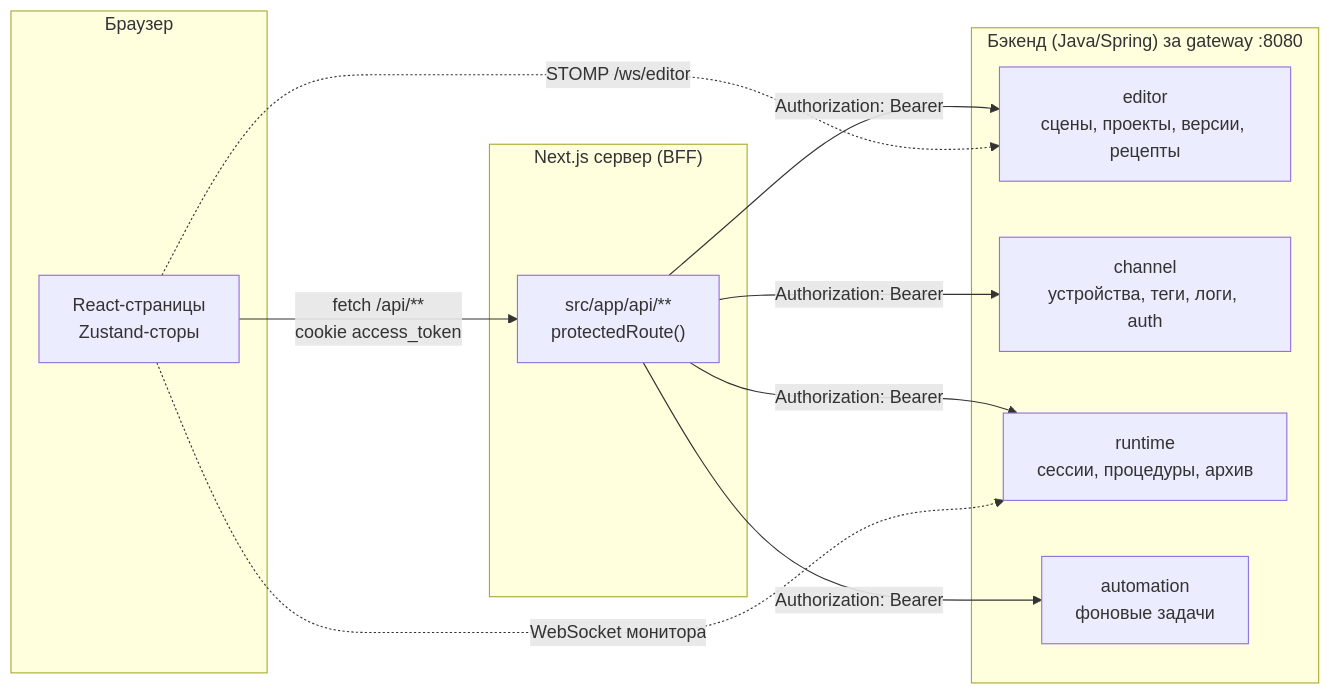
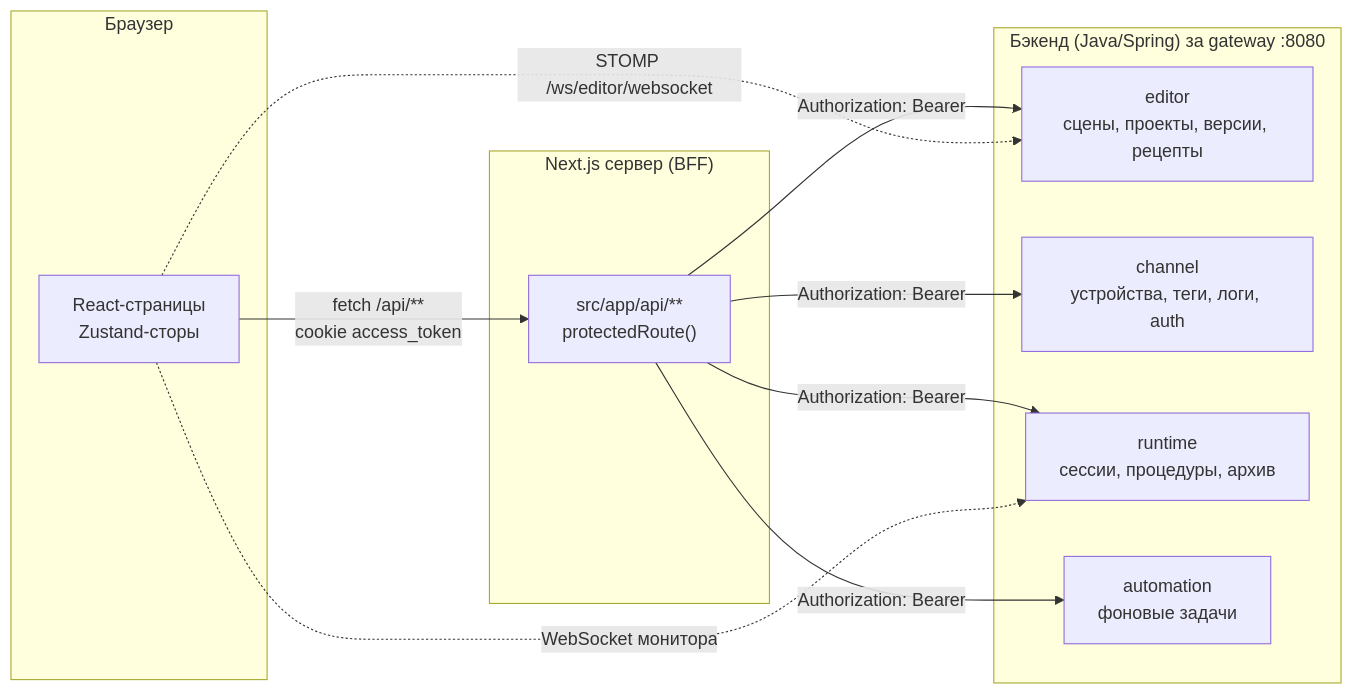
One commit to Yura-108/scada-editor-frontend changed the diagram in README.md. Above: the diagram before and after it, drawn with Mermaid. The commit also changed 6 other files, not shown here.

````diff
--- a/README.md
+++ b/README.md
@@ -183,20 +183,20 @@
 ```mermaid
 flowchart LR
   subgraph Browser["Браузер"]
     UI["React-страницы<br/>Zustand-сторы"]
   end
   subgraph Next["Next.js сервер (BFF)"]
     API["src/app/api/**<br/>protectedRoute()"]
   end
   subgraph Backend["Бэкенд (Java/Spring) за gateway :8080"]
     ED["editor<br/>сцены, проекты, версии, рецепты"]
     CH["channel<br/>устройства, теги, логи, auth"]
     RT["runtime<br/>сессии, процедуры, архив"]
     AU["automation<br/>фоновые задачи"]
   end
 
   UI -- "fetch /api/**<br/>cookie access_token" --> API
   API -- "Authorization: Bearer" --> ED & CH & RT & AU
   UI -. "WebSocket монитора" .-> RT
-  UI -. "STOMP /ws/editor" .-> ED
+  UI -. "STOMP /ws/editor/websocket" .-> ED
 ```
````
